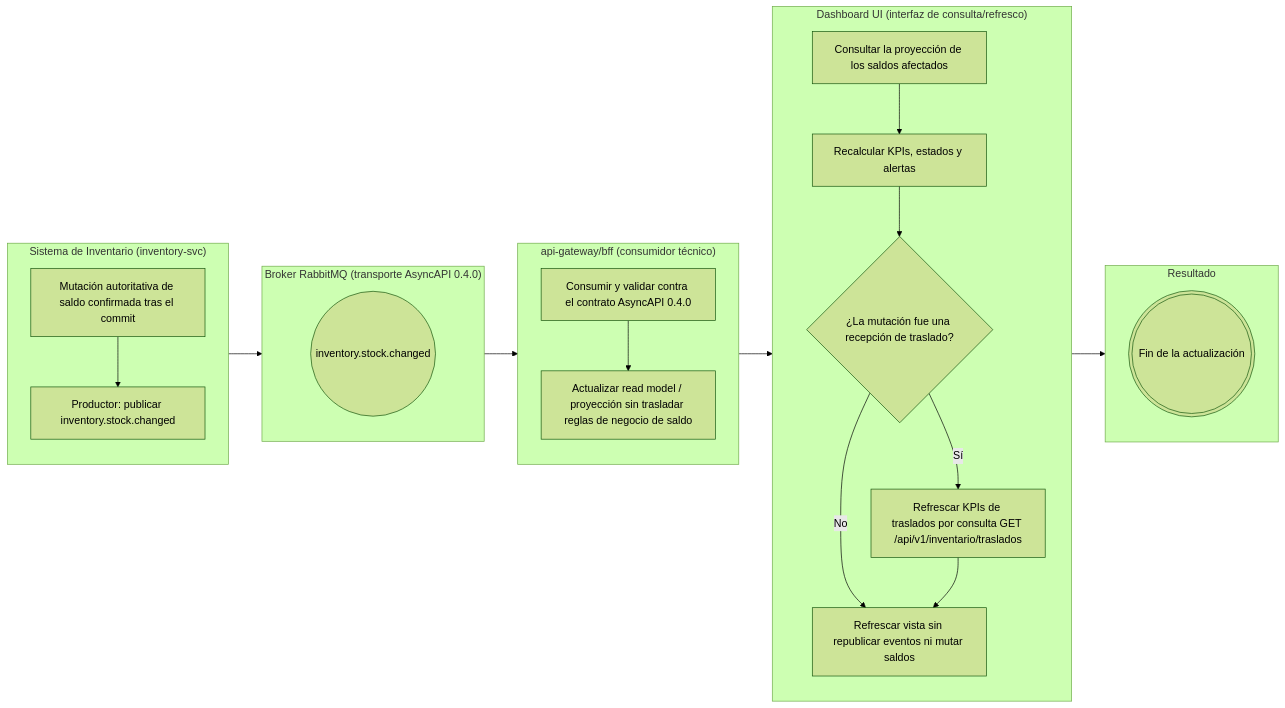
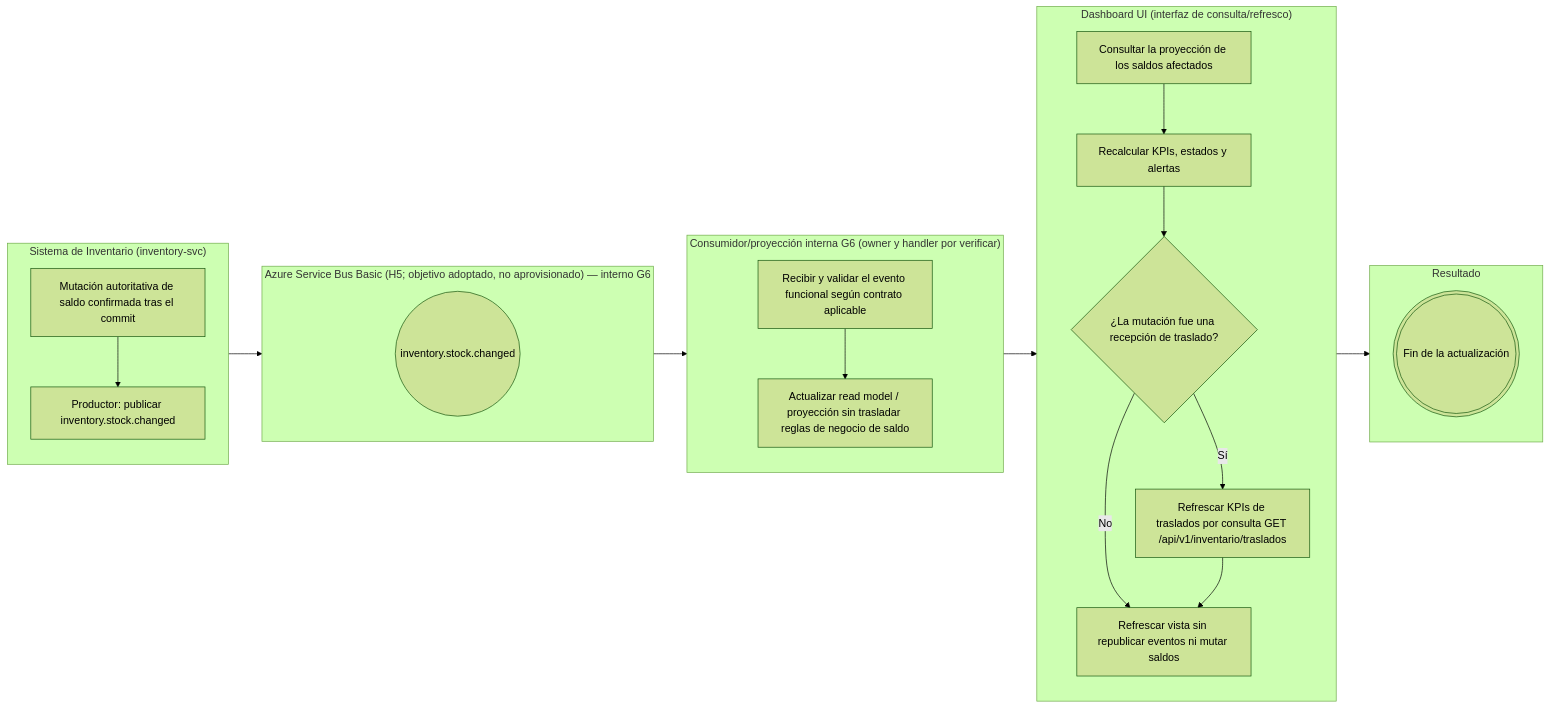
One commit to Taller-SW-Web/G6-Productos-Ofertas-docs changed the third of 6 diagrams in requisitos/flujos/FLOW-016-dashboard-alertas-stock.md. Above: the diagram before and after it, drawn with Mermaid (forest theme). The commit also changed other lines of this file and 15 other files, not shown here.

````diff
--- a/requisitos/flujos/FLOW-016-dashboard-alertas-stock.md
+++ b/requisitos/flujos/FLOW-016-dashboard-alertas-stock.md
@@ -99,45 +99,45 @@
 ```mermaid
 flowchart LR
     subgraph INV["Sistema de Inventario (inventory-svc)"]
         direction TB
         A0["Mutación autoritativa de saldo confirmada tras el commit"]
         A1["Productor: publicar inventory.stock.changed"]
     end
 
-    subgraph INTER["Broker RabbitMQ (transporte AsyncAPI 0.4.0)"]
+    subgraph BUS["Azure Service Bus Basic (H5; objetivo adoptado, no aprovisionado) — interno G6"]
         direction TB
         E1(("inventory.stock.changed"))
     end
 
-    subgraph BFF["api-gateway/bff (consumidor técnico)"]
+    subgraph PROJ["Consumidor/proyección interna G6 (owner y handler por verificar)"]
         direction TB
-        A2["Consumir y validar contra el contrato AsyncAPI 0.4.0"]
+        A2["Recibir y validar el evento funcional según contrato aplicable"]
         A3["Actualizar read model / proyección sin trasladar reglas de negocio de saldo"]
     end
 
     subgraph DASH["Dashboard UI (interfaz de consulta/refresco)"]
         direction TB
         A4["Consultar la proyección de los saldos afectados"]
         A5["Recalcular KPIs, estados y alertas"]
         D1{"¿La mutación fue una recepción de traslado?"}
         A6["Refrescar KPIs de traslados por consulta GET /api/v1/inventario/traslados"]
         A7["Refrescar vista sin republicar eventos ni mutar saldos"]
     end
 
     subgraph RES["Resultado"]
         direction TB
         FIN(((Fin de la actualización)))
     end
 
     A0 --> A1
     A1 --> E1
     E1 --> A2
     A2 --> A3
     A3 --> A4
     A4 --> A5
     A5 --> D1
     D1 -->|"Sí"| A6
     D1 -->|"No"| A7
     A6 --> A7
     A7 --> FIN
 ```
````
